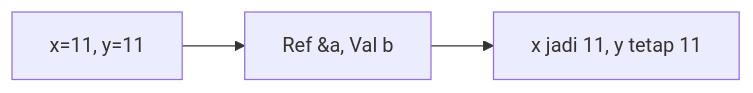
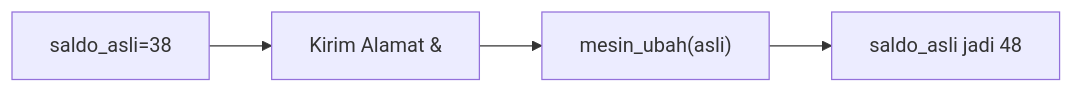
Before and after one commit to amnahwaida/OSNK_INF_PREP: diagram 14 of 25 in part-c-pemahaman-cpp/04-fungsi/latihan/set-11.md, drawn with Mermaid. The commit also changed other lines of this file and 71 other files, not shown here.

````diff
--- a/part-c-pemahaman-cpp/04-fungsi/latihan/set-11.md
+++ b/part-c-pemahaman-cpp/04-fungsi/latihan/set-11.md
@@ -367,5 +385,6 @@
 ```mermaid
 graph LR
-A["x=11, y=11"] --> B["Ref &a, Val b"]
-B --> C["x jadi 11, y tetap 11"]
+A["saldo_asli=38"] --> B["Kirim Alamat &"]
+B --> C["mesin_ubah(asli)"]
+C --> D["saldo_asli jadi 48"]
 ```
````
